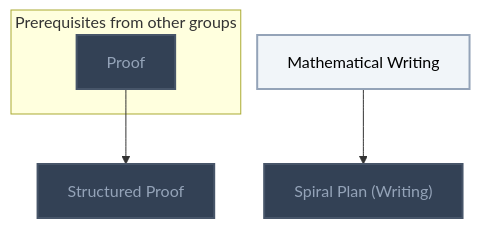
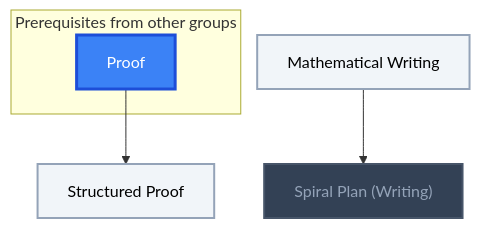
Before and after one commit to MRauf1/My-Notes: the third of 3 diagrams in Gamification/Skill Trees/Miscellaneous (Mathematics).md, drawn with Mermaid. The commit also changed other lines of this file and 156 other files, not shown here.

````diff
--- a/Gamification/Skill Trees/Miscellaneous (Mathematics).md
+++ b/Gamification/Skill Trees/Miscellaneous (Mathematics).md
@@ -61,23 +61,24 @@
 ```mermaid
 flowchart TD
     classDef planned fill:#1E293B,stroke:#64748B,stroke-width:2px,stroke-dasharray:5 5,color:#94A3B8;
     classDef locked fill:#334155,stroke:#475569,stroke-width:2px,color:#94A3B8;
     classDef L0 fill:#F1F5F9,stroke:#94A3B8,stroke-width:2px,color:#000000;
     classDef L1 fill:#22C55E,stroke:#15803D,stroke-width:2px,color:#000000;
     classDef L2 fill:#3B82F6,stroke:#1D4ED8,stroke-width:3px,color:#FFFFFF;
     classDef L3 fill:#A855F7,stroke:#6B21A8,stroke-width:3px,color:#FFFFFF,font-weight:bold;
     classDef L4 fill:#F97316,stroke:#C2410C,stroke-width:4px,color:#000000,font-weight:bold;
     classDef L5 fill:#FFD700,stroke:#FF8C00,stroke-width:5px,color:#000000,font-weight:bold;
     classDef rusty stroke:#8B4513,stroke-width:4px,stroke-dasharray:3 3;
     subgraph sg_prereqs["Prerequisites from other groups"]
         n_proof["Proof"]
     end
     n_mathematical_writing["Mathematical Writing"]
     n_spiral_plan_writing["Spiral Plan (Writing)"]
     n_structured_proof["Structured Proof"]
     n_mathematical_writing --> n_spiral_plan_writing
     n_proof --> n_structured_proof
-    class n_proof,n_spiral_plan_writing,n_structured_proof locked;
-    class n_mathematical_writing L0;
+    class n_spiral_plan_writing locked;
+    class n_mathematical_writing,n_structured_proof L0;
+    class n_proof L2;
     class n_proof,n_mathematical_writing,n_spiral_plan_writing,n_structured_proof internal-link;
 ```
````
